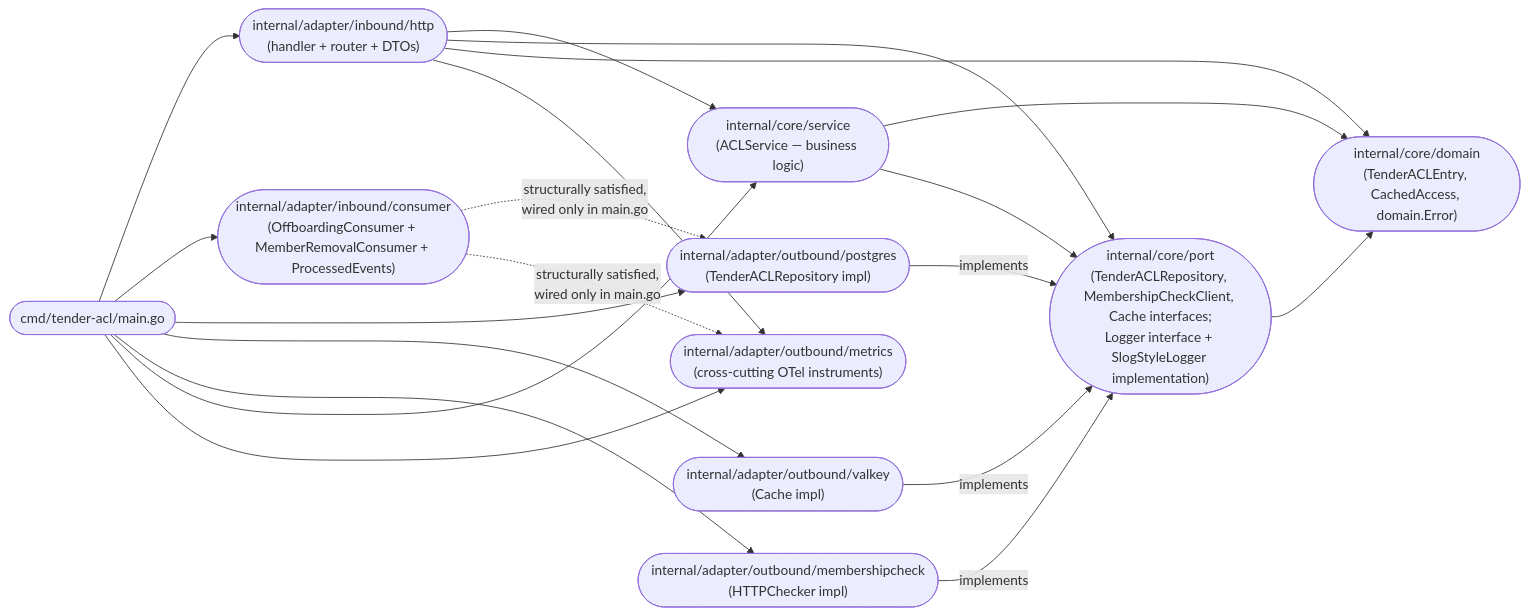
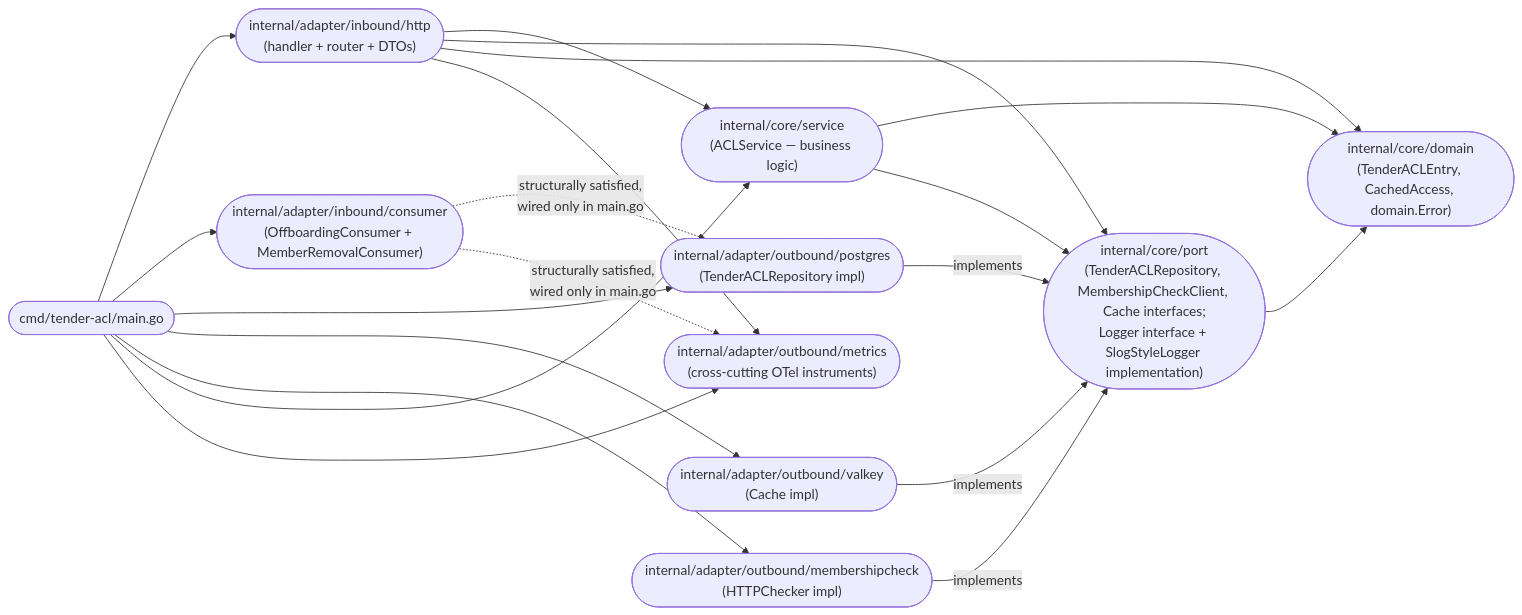
One commit to BCBP-SOLUTIONS-FZC-LLC/iam-tender-acl changed the second of 7 diagrams in ARCHITECTURE.md. Above: the diagram before and after it, drawn with Mermaid. The commit also changed other lines of this file and 82 other files, not shown here.

````diff
--- a/ARCHITECTURE.md
+++ b/ARCHITECTURE.md
@@ -108,39 +108,39 @@
 ```mermaid
 graph LR
     main(["cmd/tender-acl/main.go"])
 
     domain(["internal/core/domain\n(TenderACLEntry, CachedAccess, domain.Error)"])
     port(["internal/core/port\n(TenderACLRepository, MembershipCheckClient, Cache interfaces;\nLogger interface + SlogStyleLogger implementation)"])
     service(["internal/core/service\n(ACLService — business logic)"])
     obs(["internal/adapter/outbound/metrics\n(cross-cutting OTel instruments)"])
 
     httpadapter(["internal/adapter/inbound/http\n(handler + router + DTOs)"])
-    consumeradapter(["internal/adapter/inbound/consumer\n(OffboardingConsumer + MemberRemovalConsumer + ProcessedEvents)"])
+    consumeradapter(["internal/adapter/inbound/consumer\n(OffboardingConsumer + MemberRemovalConsumer)"])
     postgres(["internal/adapter/outbound/postgres\n(TenderACLRepository impl)"])
     valkey(["internal/adapter/outbound/valkey\n(Cache impl)"])
     membershipcheck(["internal/adapter/outbound/membershipcheck\n(HTTPChecker impl)"])
 
     main --> httpadapter
     main --> consumeradapter
     main --> postgres
     main --> valkey
     main --> membershipcheck
     main --> service
     main --> obs
 
     port    --> domain
     service --> domain
     service --> port
 
     httpadapter --> service
     httpadapter --> port
     httpadapter --> domain
     httpadapter --> obs
 
     postgres        -->|"implements"| port
     valkey          -->|"implements"| port
     membershipcheck -->|"implements"| port
 
     consumeradapter -.->|"structurally satisfied,\nwired only in main.go"| postgres
     consumeradapter -.->|"structurally satisfied,\nwired only in main.go"| obs
 ```
````
